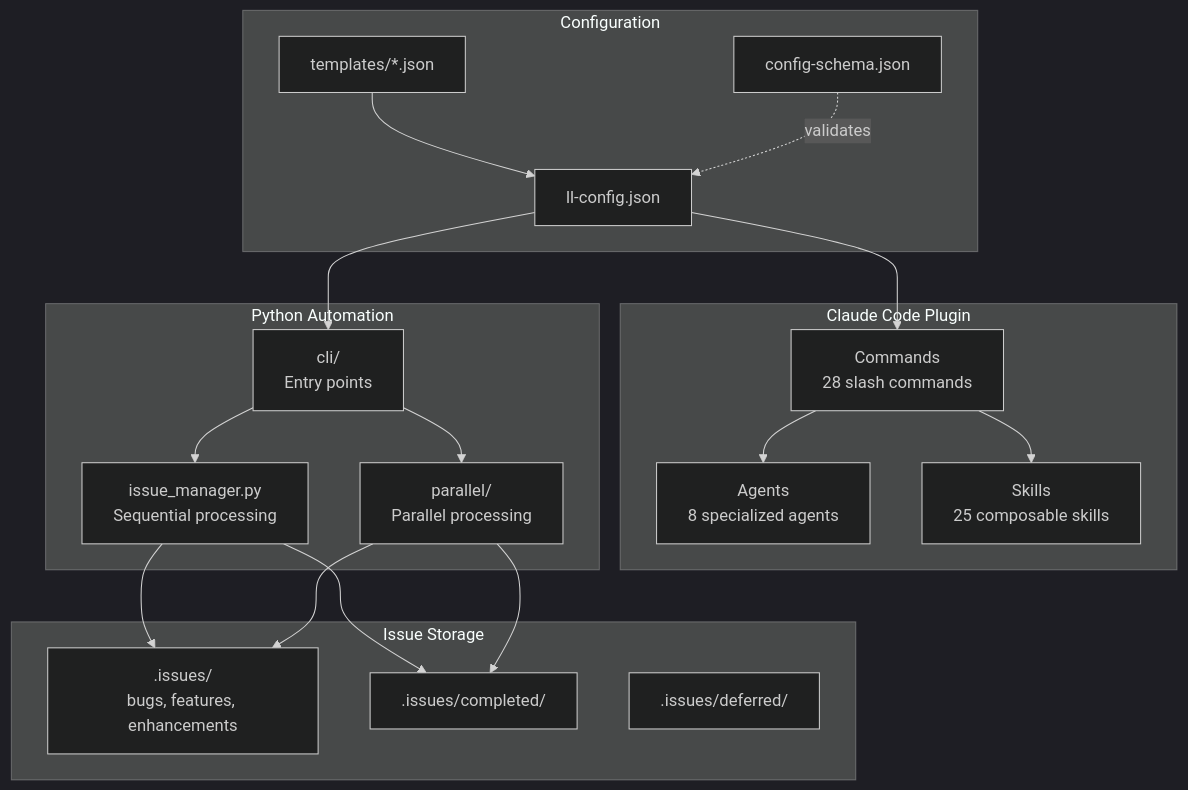
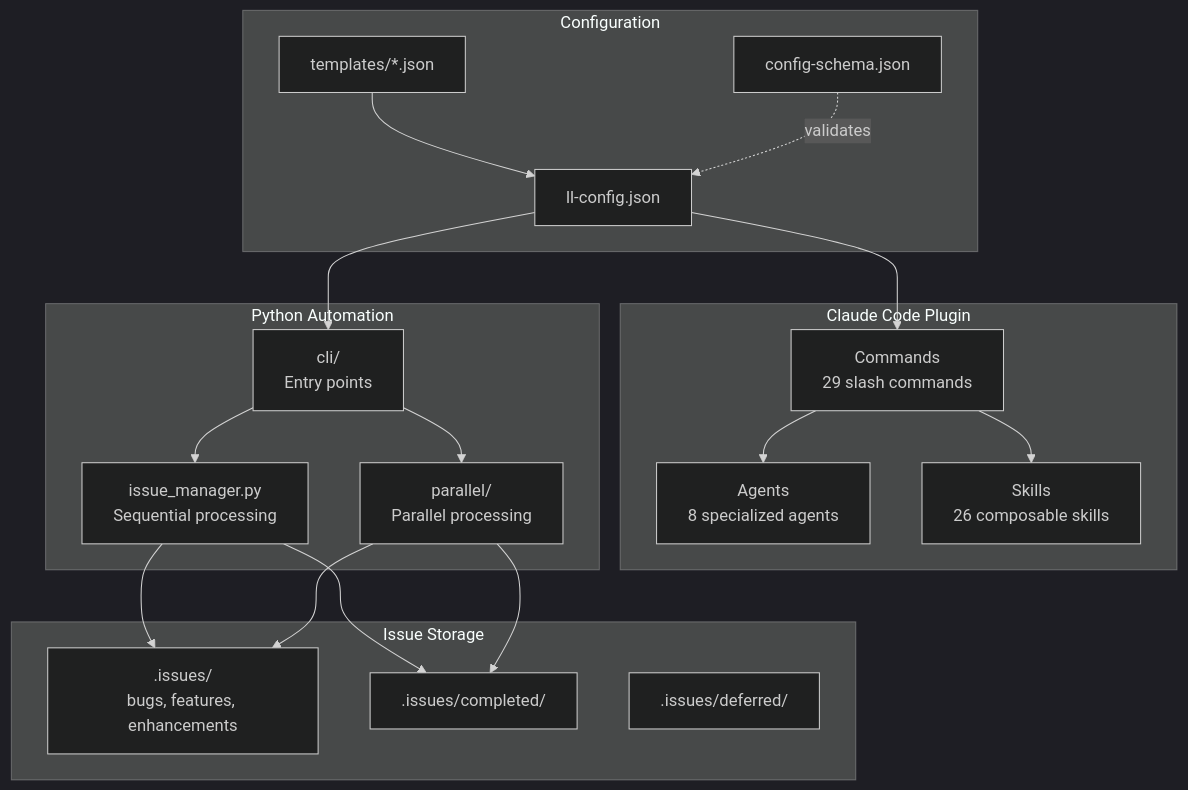
Before and after one commit to BrennonTWilliams/little-loops: the first of 13 diagrams in docs/ARCHITECTURE.md, drawn with Mermaid (dark theme). The commit also changed other lines of this file and 7 other files, not shown here.

````diff
--- a/docs/ARCHITECTURE.md
+++ b/docs/ARCHITECTURE.md
@@ -21,39 +21,39 @@
 ```mermaid
 flowchart TB
     subgraph "Claude Code Plugin"
-        CMD[Commands<br/>28 slash commands]
+        CMD[Commands<br/>29 slash commands]
         AGT[Agents<br/>8 specialized agents]
-        SKL[Skills<br/>25 composable skills]
+        SKL[Skills<br/>26 composable skills]
     end
 
     subgraph "Configuration"
         CFG[ll-config.json]
         SCHEMA[config-schema.json]
         TPL[templates/*.json]
     end
 
     subgraph "Python Automation"
         CLI[cli/<br/>Entry points]
         AUTO[issue_manager.py<br/>Sequential processing]
         PARALLEL[parallel/<br/>Parallel processing]
     end
 
     subgraph "Issue Storage"
         ISSUES[.issues/<br/>bugs, features, enhancements]
         COMPLETED[.issues/completed/]
         DEFERRED[.issues/deferred/]
     end
 
     CFG --> CMD
     TPL --> CFG
     SCHEMA -.->|validates| CFG
     CFG --> CLI
     CMD --> AGT
     CMD --> SKL
     CLI --> AUTO
     CLI --> PARALLEL
     AUTO --> ISSUES
     PARALLEL --> ISSUES
     AUTO --> COMPLETED
     PARALLEL --> COMPLETED
 ```
````
